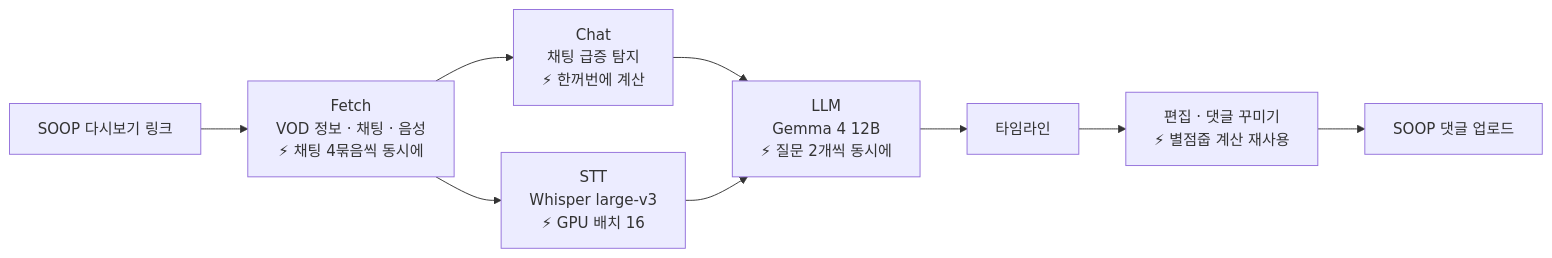
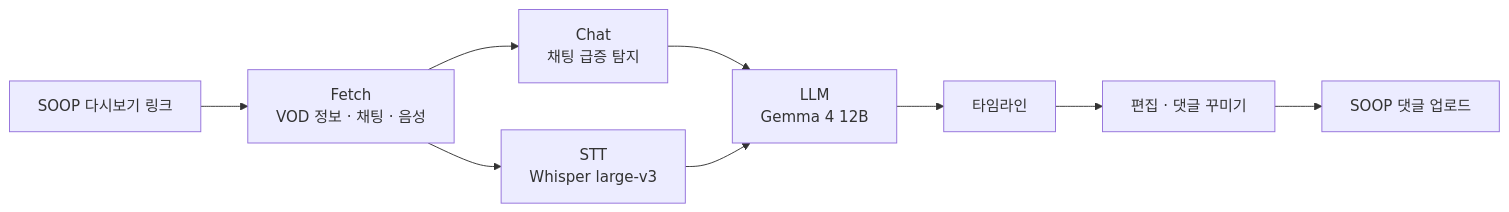
The diagram in README.md (rblb-smile/TimeZoop), drawn with Mermaid before and after one commit. The commit also changed other lines of this file, not shown here.

````diff
--- a/README.md
+++ b/README.md
@@ -159,11 +159,11 @@
 ```mermaid
 flowchart LR
-    A[SOOP 다시보기 링크] --> B[Fetch<br/>VOD 정보 · 채팅 · 음성<br/>⚡ 채팅 4묶음씩 동시에]
-    B --> C[Chat<br/>채팅 급증 탐지<br/>⚡ 한꺼번에 계산]
-    B --> D[STT<br/>Whisper large-v3<br/>⚡ GPU 배치 16]
-    C --> E[LLM<br/>Gemma 4 12B<br/>⚡ 질문 2개씩 동시에]
+    A[SOOP 다시보기 링크] --> B[Fetch<br/>VOD 정보 · 채팅 · 음성]
+    B --> C[Chat<br/>채팅 급증 탐지]
+    B --> D[STT<br/>Whisper large-v3]
+    C --> E[LLM<br/>Gemma 4 12B]
     D --> E
     E --> F[타임라인]
-    F --> G[편집 · 댓글 꾸미기<br/>⚡ 별점줍 계산 재사용]
+    F --> G[편집 · 댓글 꾸미기]
     G --> H[SOOP 댓글 업로드]
 ```
````
